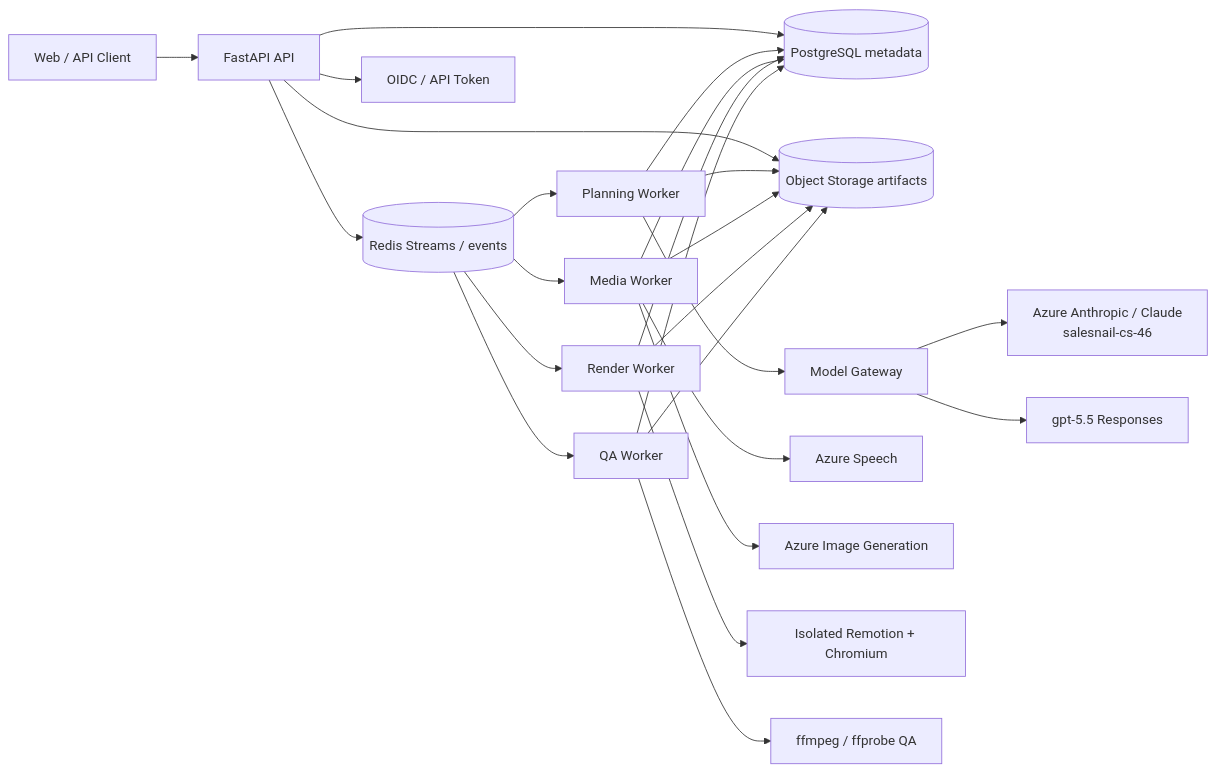
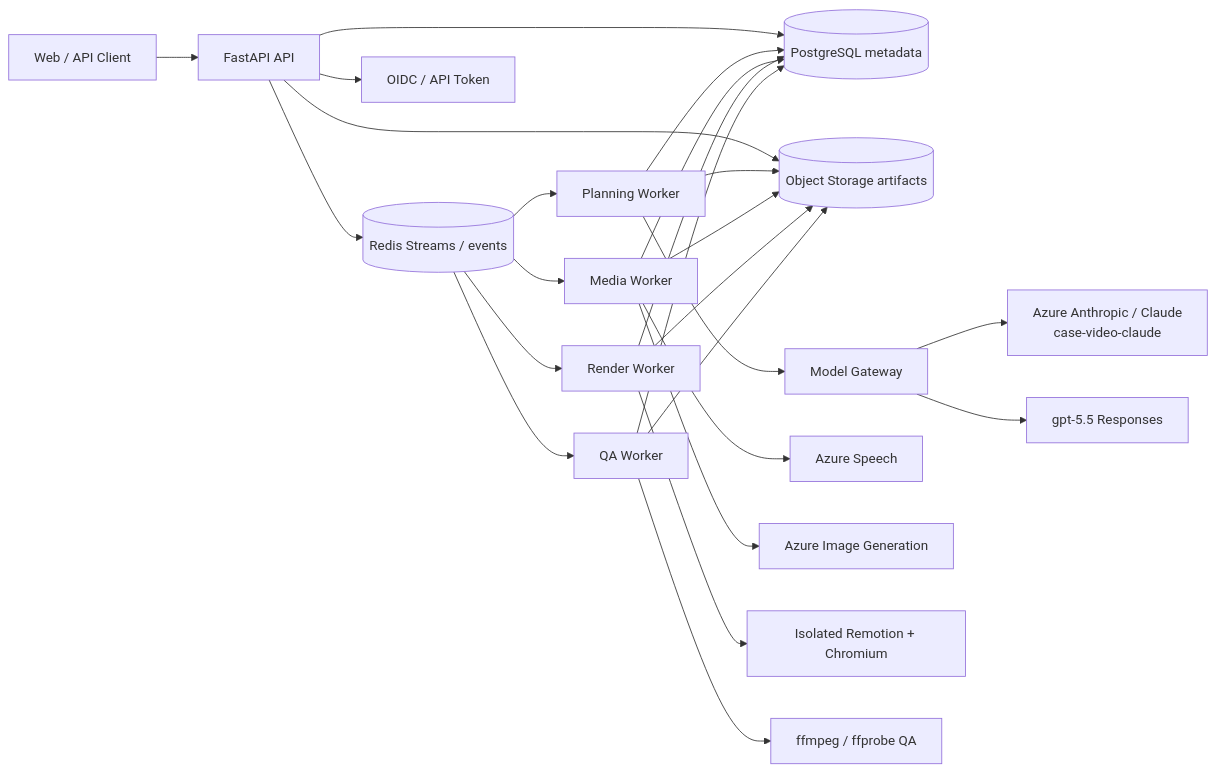
Before and after one commit to billbai-longarena/caseVideoGenerator: the diagram in docs/architecture/server-deployment-design.md, drawn with Mermaid. The commit also changed other lines of this file and 70 other files, not shown here.

````diff
--- a/docs/architecture/server-deployment-design.md
+++ b/docs/architecture/server-deployment-design.md
@@ -114,27 +114,27 @@
 ```mermaid
 flowchart LR
     C[Web / API Client] --> A[FastAPI API]
     A --> PG[(PostgreSQL metadata)]
     A --> OS[(Object Storage artifacts)]
     A --> RS[(Redis Streams / events)]
     A --> IDP[OIDC / API Token]
     RS --> PW[Planning Worker]
     RS --> MW[Media Worker]
     RS --> RW[Render Worker]
     RS --> QW[QA Worker]
     PW --> G[Model Gateway]
-    G --> AZ[Azure Anthropic / Claude<br/>salesnail-cs-46]
+    G --> AZ[Azure Anthropic / Claude<br/>case-video-claude]
     G --> GP[gpt-5.5 Responses]
     MW --> TTS[Azure Speech]
     MW --> IMG[Azure Image Generation]
     RW --> REM[Isolated Remotion + Chromium]
     QW --> QA[ffmpeg / ffprobe QA]
     PW --> PG
     MW --> PG
     RW --> PG
     QW --> PG
     PW --> OS
     MW --> OS
     RW --> OS
     QW --> OS
 ```
````
